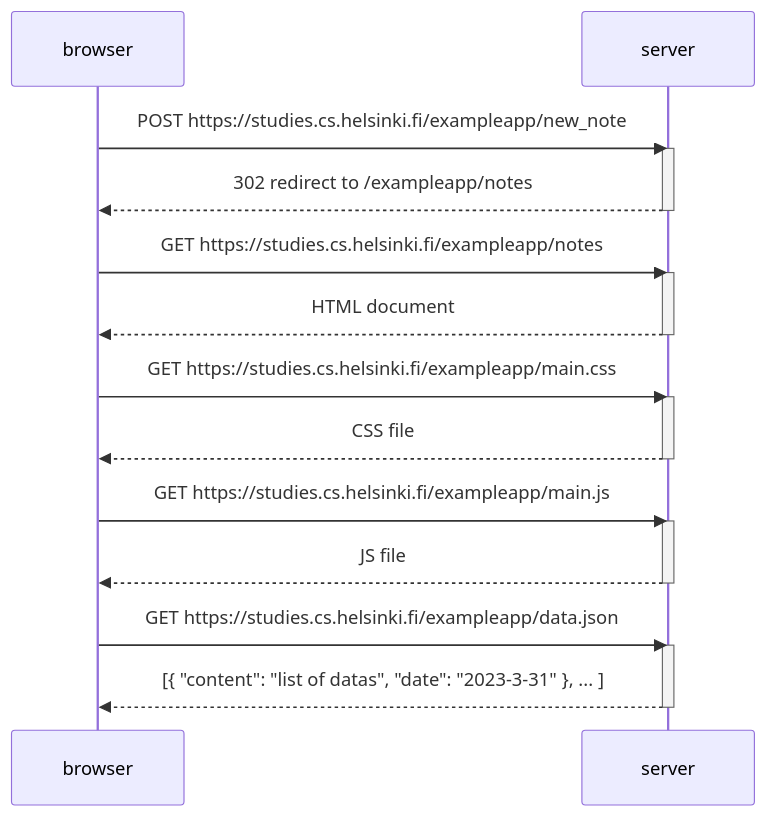
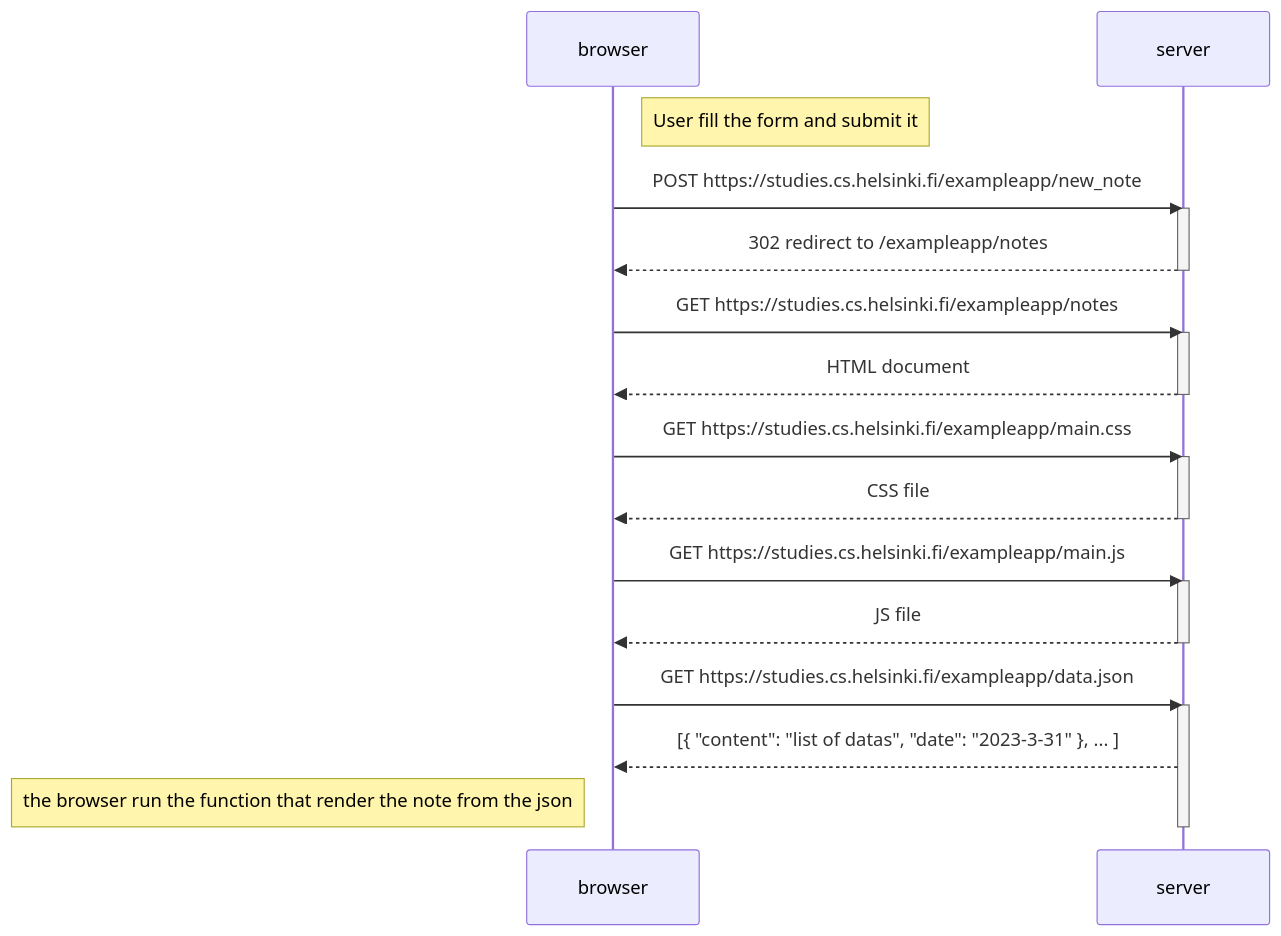
One commit to bilalabdelkadir/FullstackOpen changed the diagram in part 0/NewNoteDiagram.md. Above: the diagram before and after it, drawn with Mermaid.

Commit message:
added 2 notes

````diff
--- a/part 0/NewNoteDiagram.md
+++ b/part 0/NewNoteDiagram.md
@@ -1,28 +1,30 @@
 ```mermaid
 sequenceDiagram
     participant browser
     participant server
 
+    Note right of browser: User fill the form and submit it
     browser->>server: POST https://studies.cs.helsinki.fi/exampleapp/new_note
     activate server
     server-->>browser: 302 redirect to /exampleapp/notes
     deactivate server
 
     browser->>server: GET https://studies.cs.helsinki.fi/exampleapp/notes
     activate server
     server-->>browser: HTML document
     deactivate server
 
     browser->>server: GET https://studies.cs.helsinki.fi/exampleapp/main.css
     activate server
     server-->>browser: CSS file
     deactivate server
     browser->>server: GET https://studies.cs.helsinki.fi/exampleapp/main.js
     activate server
     server-->>browser: JS file
     deactivate server
     browser->>server: GET https://studies.cs.helsinki.fi/exampleapp/data.json
     activate server
     server-->>browser: [{ "content": "list of datas", "date": "2023-3-31" }, ... ]
+    Note left of browser: the browser run the function that render the note from the json
     deactivate server
 ```
````
